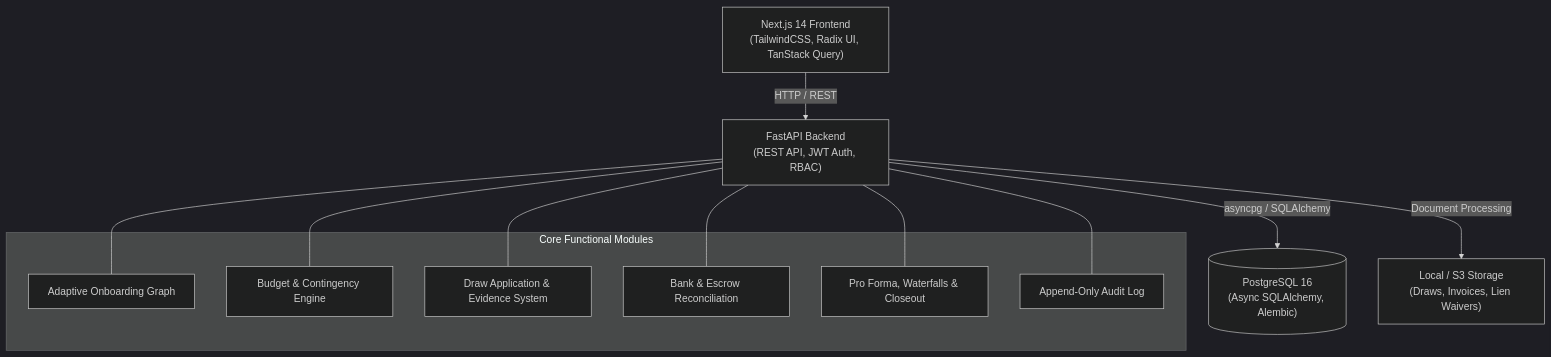
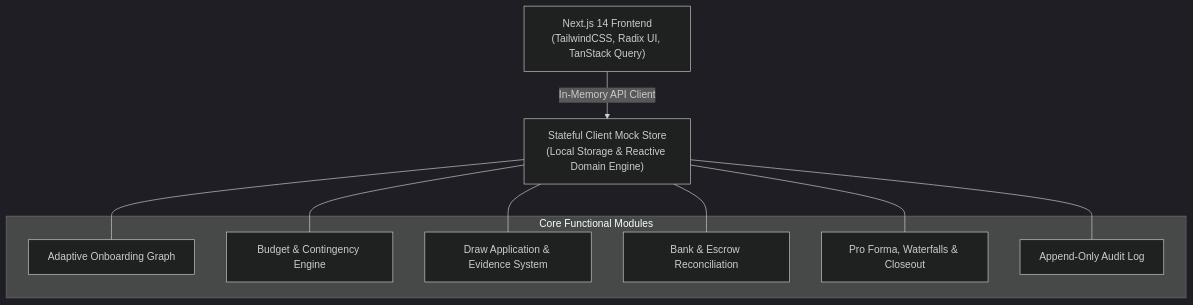
One commit to prathamempower/groundup_prototype changed the diagram in README.md. Above: the diagram before and after it, drawn with Mermaid (dark theme). The commit also changed other lines of this file and 161 other files, not shown here.

Commit message:
feat: convert to standalone frontend with mock data layer and archive legacy backend

````diff
--- a/README.md
+++ b/README.md
@@ -11,27 +13,23 @@
 ```mermaid
 graph TD
     Client["Next.js 14 Frontend<br/>(TailwindCSS, Radix UI, TanStack Query)"]
-    API["FastAPI Backend<br/>(REST API, JWT Auth, RBAC)"]
-    DB[("PostgreSQL 16<br/>(Async SQLAlchemy, Alembic)")]
-    Storage["Local / S3 Storage<br/>(Draws, Invoices, Lien Waivers)"]
+    Store["Stateful Client Mock Store<br/>(Local Storage & Reactive Domain Engine)"]
 
-    Client -->|HTTP / REST| API
-    API -->|asyncpg / SQLAlchemy| DB
-    API -->|Document Processing| Storage
+    Client -->|In-Memory API Client| Store
 
     subgraph "Core Functional Modules"
         ONB["Adaptive Onboarding Graph"]
         BUD["Budget & Contingency Engine"]
         DRW["Draw Application & Evidence System"]
         REC["Bank & Escrow Reconciliation"]
         ECO["Pro Forma, Waterfalls & Closeout"]
         AUD["Append-Only Audit Log"]
     end
 
-    API --- ONB
-    API --- BUD
-    API --- DRW
-    API --- REC
-    API --- ECO
-    API --- AUD
+    Store --- ONB
+    Store --- BUD
+    Store --- DRW
+    Store --- REC
+    Store --- ECO
+    Store --- AUD
 ```
````
